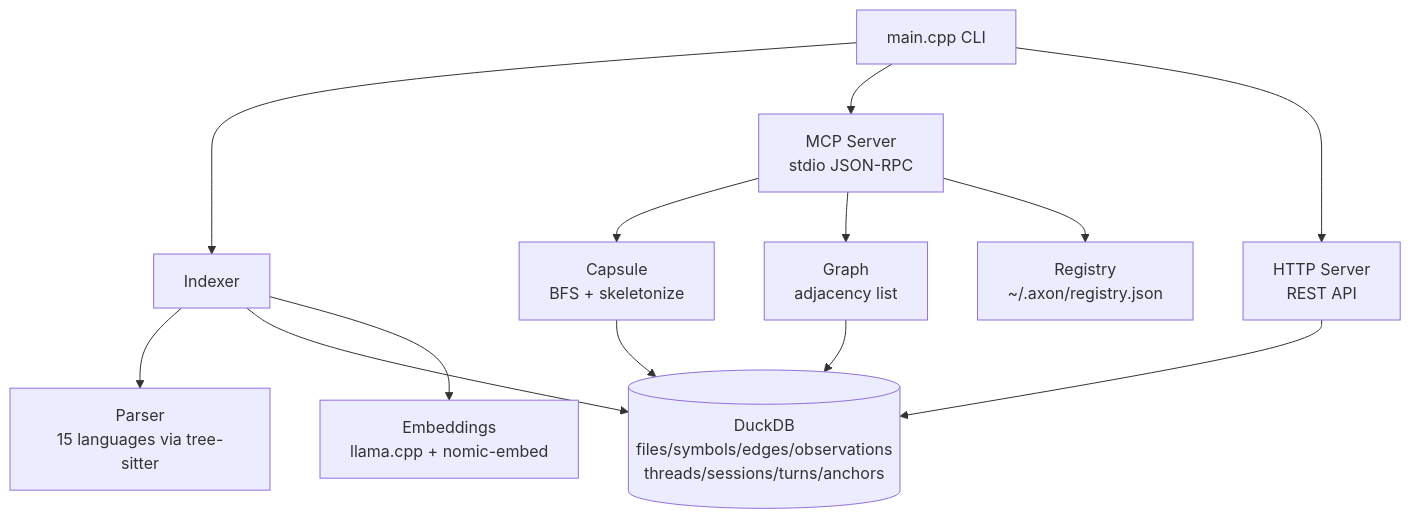
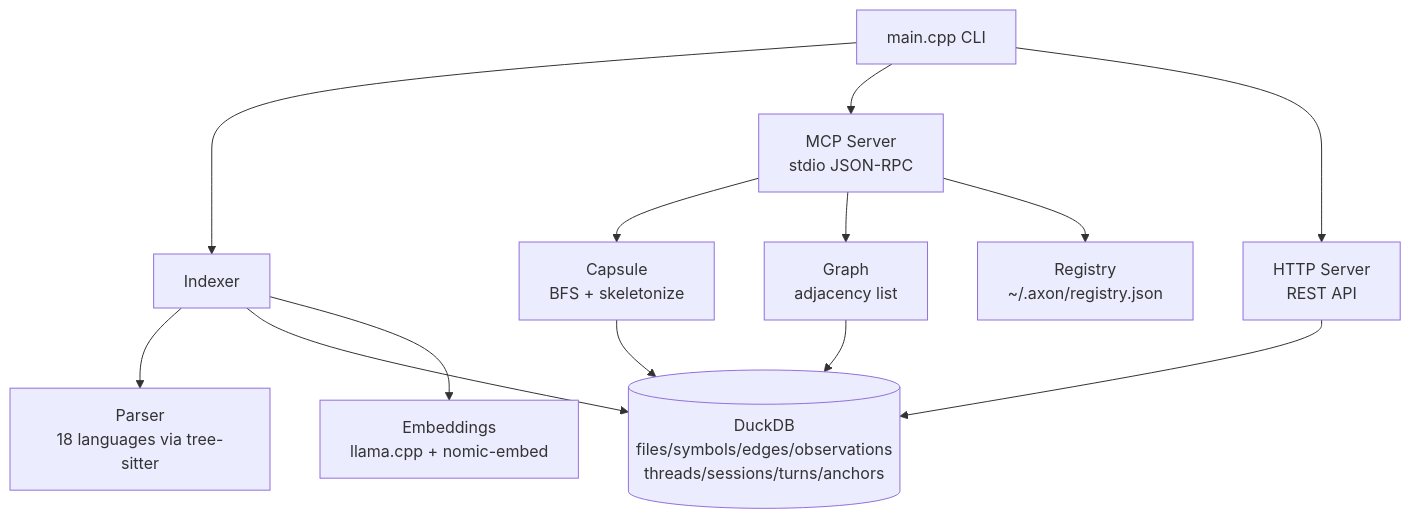
One commit to HideakiSolutions/axon changed the second of 2 diagrams in README.md. Above: the diagram before and after it, drawn with Mermaid. The commit also changed other lines of this file and 8 other files, not shown here.

````diff
--- a/README.md
+++ b/README.md
@@ -558,15 +573,15 @@
 ```mermaid
 graph TD
     CLI[main.cpp CLI] --> IDX[Indexer]
     CLI --> MCP[MCP Server\nstdio JSON-RPC]
     CLI --> HTTP[HTTP Server\nREST API]
-    IDX --> PARSER[Parser\n15 languages via tree-sitter]
+    IDX --> PARSER[Parser\n18 languages via tree-sitter]
     IDX --> DB[(DuckDB\nfiles/symbols/edges/observations\nthreads/sessions/turns/anchors)]
     IDX --> EMB[Embeddings\nllama.cpp + nomic-embed]
     MCP --> CAPS[Capsule\nBFS + skeletonize]
     MCP --> GRAPH[Graph\nadjacency list]
     MCP --> REG[Registry\n~/.axon/registry.json]
     HTTP --> DB
     CAPS --> DB
     GRAPH --> DB
 ```
````
